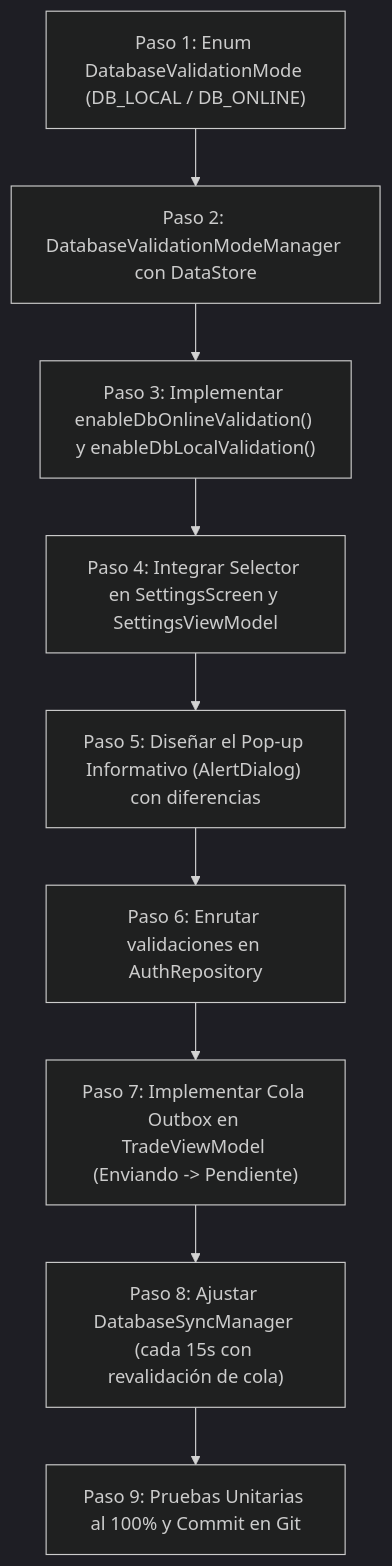
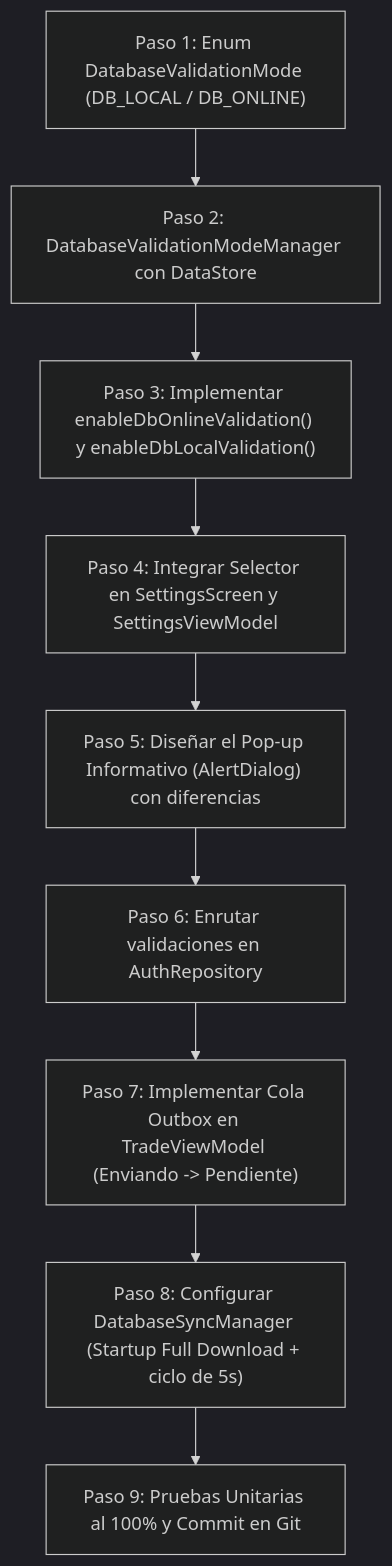
Before and after one commit to angeledup/truequapp-android: the sixth of 6 diagrams in ARQUITECTURA_MODOS_DB.md, drawn with Mermaid (dark theme). The commit also changed other lines of this file, not shown here.

Commit message:
docs: actualizar ciclo a 5s, descarga al iniciar app y especificar cadencia de subida de archivos

````diff
--- a/ARQUITECTURA_MODOS_DB.md
+++ b/ARQUITECTURA_MODOS_DB.md
@@ -276,11 +303,11 @@
 ```mermaid
 flowchart TD
     P1["Paso 1: Enum DatabaseValidationMode (DB_LOCAL / DB_ONLINE)"] --> P2["Paso 2: DatabaseValidationModeManager con DataStore"]
     P2 --> P3["Paso 3: Implementar enableDbOnlineValidation() y enableDbLocalValidation()"]
     P3 --> P4["Paso 4: Integrar Selector en SettingsScreen y SettingsViewModel"]
     P4 --> P5["Paso 5: Diseñar el Pop-up Informativo (AlertDialog) con diferencias"]
     P5 --> P6["Paso 6: Enrutar validaciones en AuthRepository"]
     P6 --> P7["Paso 7: Implementar Cola Outbox en TradeViewModel (Enviando -> Pendiente)"]
-    P7 --> P8["Paso 8: Ajustar DatabaseSyncManager (cada 15s con revalidación de cola)"]
+    P7 --> P8["Paso 8: Configurar DatabaseSyncManager (Startup Full Download + ciclo de 5s)"]
     P8 --> P9["Paso 9: Pruebas Unitarias al 100% y Commit en Git"]
 ```
````
